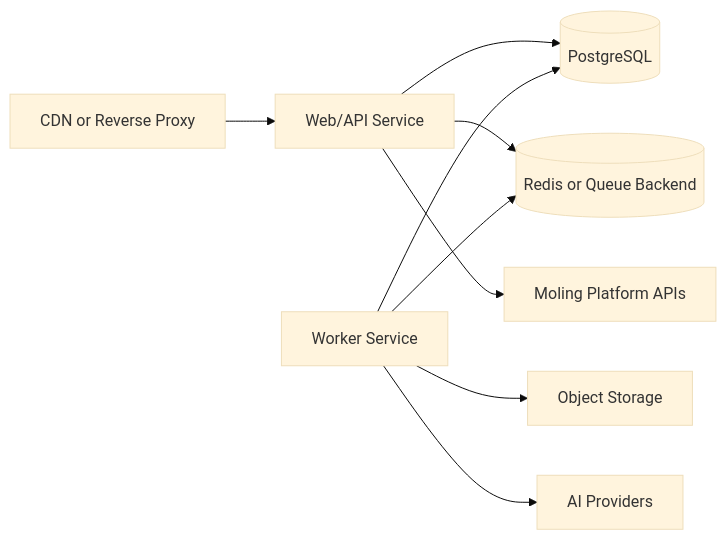
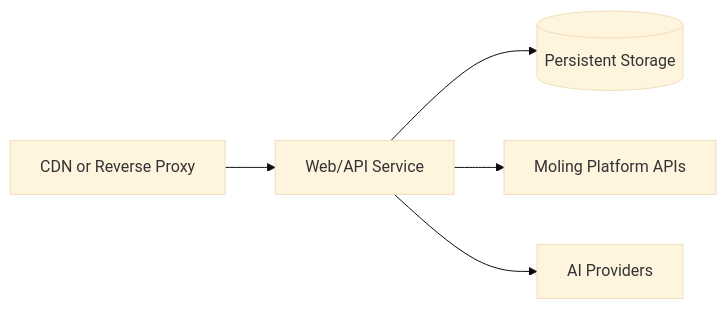
Before and after one commit to skillixx/molinppt: the diagram in docs/deployment.md, drawn with Mermaid (base theme). The commit also changed other lines of this file and 3 other files, not shown here.

````diff
--- a/docs/deployment.md
+++ b/docs/deployment.md
@@ -13,11 +13,7 @@
 ```mermaid
 flowchart LR
   CDN[CDN or Reverse Proxy] --> Web[Web/API Service]
-  Web --> DB[(PostgreSQL)]
-  Web --> Redis[(Redis or Queue Backend)]
-  Worker[Worker Service] --> Redis
-  Worker --> DB
-  Worker --> Storage[Object Storage]
+  Web --> DB[(Persistent Storage)]
   Web --> Moling[Moling Platform APIs]
-  Worker --> AI[AI Providers]
+  Web --> AI[AI Providers]
 ```
````
